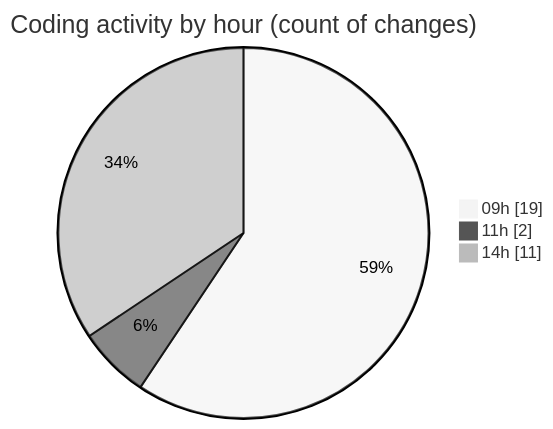
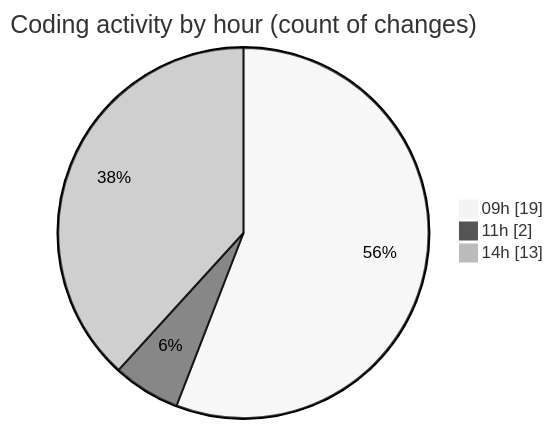
The second of 2 diagrams in 2025-01-10/nueva_carpeta/README.md (LanceThiago/code-tracking), drawn with Mermaid (neutral theme) before and after one commit. The commit also changed other lines of this file and 1 other file, not shown here.

````diff
--- a/2025-01-10/nueva_carpeta/README.md
+++ b/2025-01-10/nueva_carpeta/README.md
@@ -28,7 +28,7 @@
 ```mermaid
 pie showData
 title Coding activity by hour (count of changes)
 "09h" : 19
 "11h" : 2
-"14h" : 11
+"14h" : 13
 ```
````
